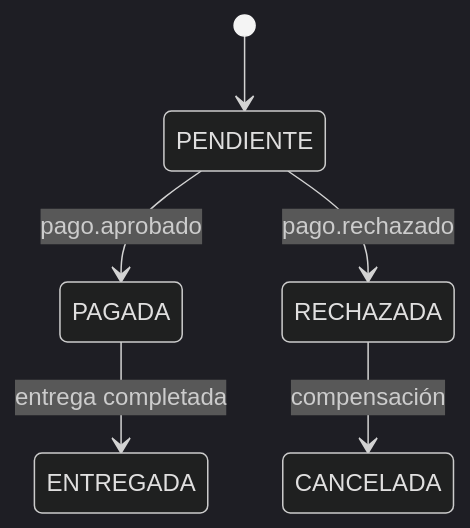
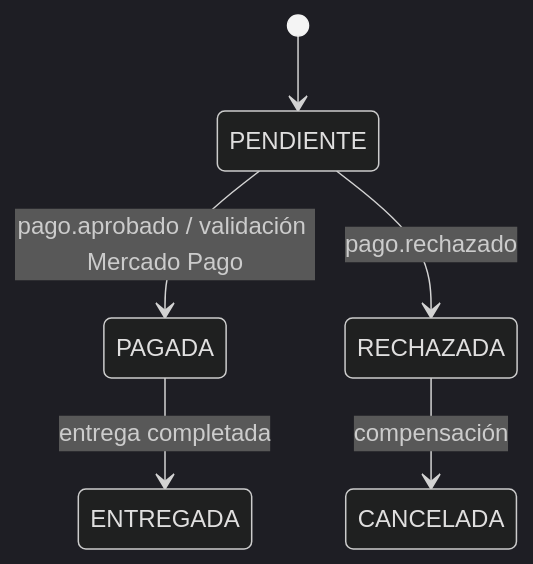
One commit to erickmijael17/SmartCampus-Marketplace changed the first of 2 diagrams in docs/sesiones/s09-consistencia-distribuida.md. Above: the diagram before and after it, drawn with Mermaid (dark theme). The commit also changed other lines of this file and 23 other files, not shown here.

Commit message:
docs: update frontend and payment flows

````diff
--- a/docs/sesiones/s09-consistencia-distribuida.md
+++ b/docs/sesiones/s09-consistencia-distribuida.md
@@ -46,8 +48,8 @@
 ```mermaid
 stateDiagram-v2
     [*] --> PENDIENTE
-    PENDIENTE --> PAGADA: pago.aprobado
+    PENDIENTE --> PAGADA: pago.aprobado / validación Mercado Pago
     PENDIENTE --> RECHAZADA: pago.rechazado
     PAGADA --> ENTREGADA: entrega completada
     RECHAZADA --> CANCELADA: compensación
 ```
````
